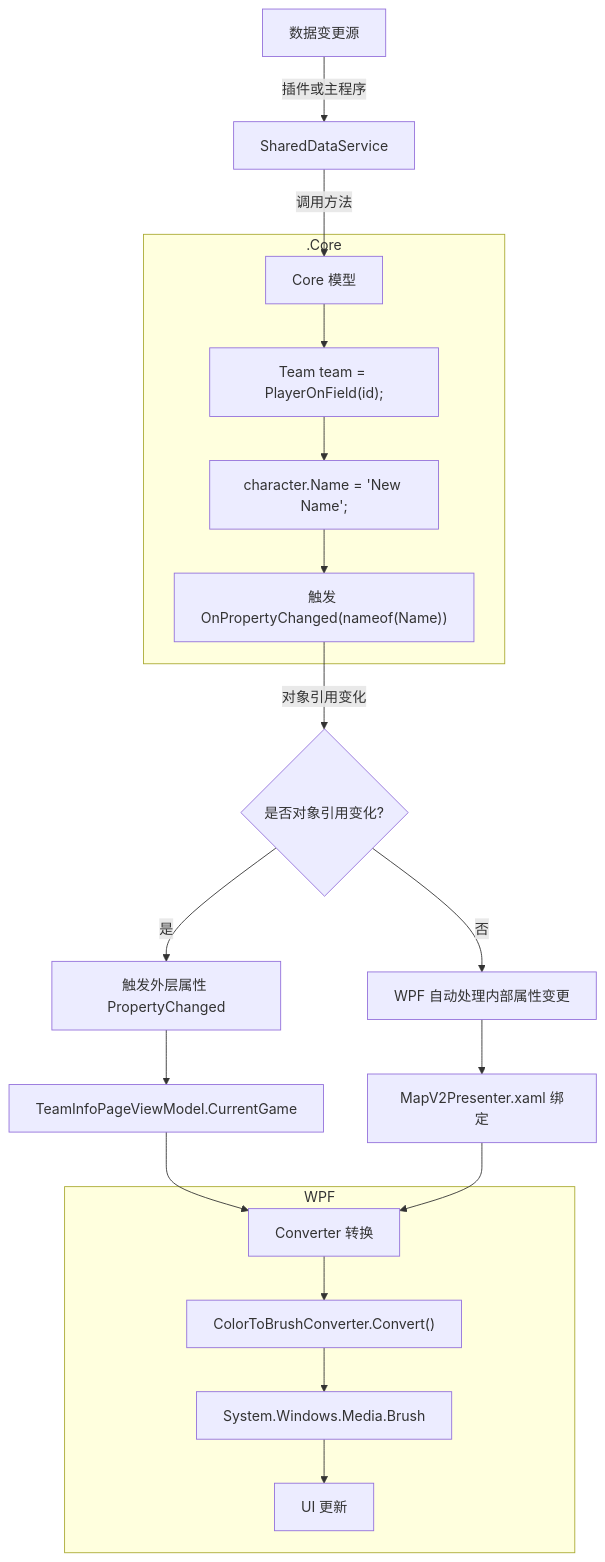
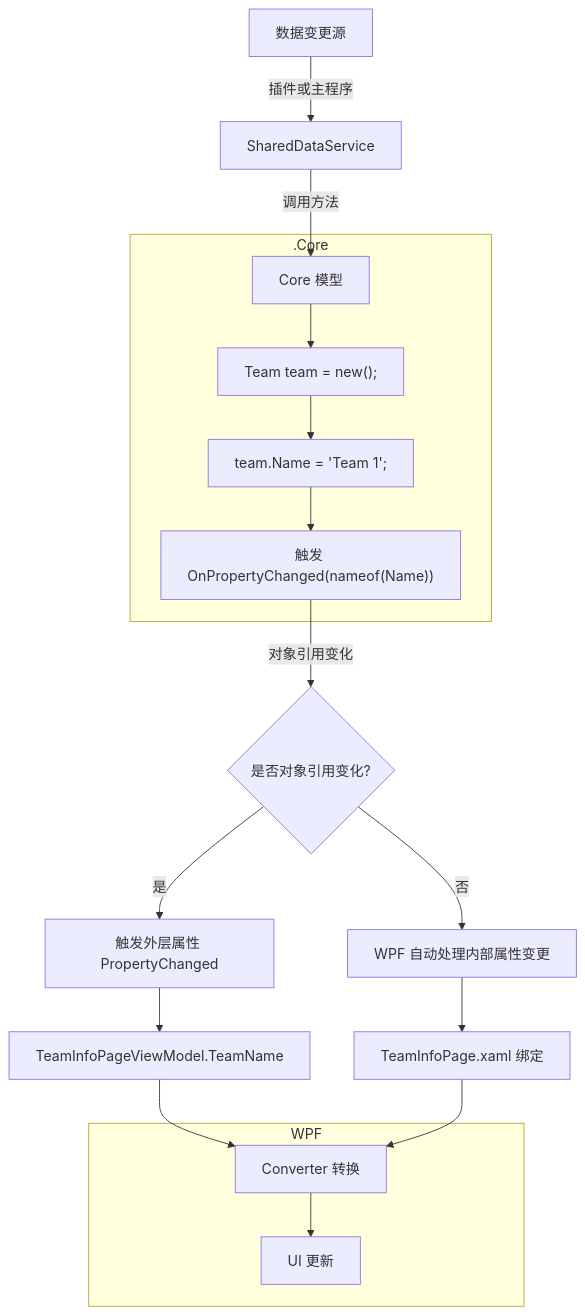
The second of 3 diagrams in docs/开发文档/(新) 核心数据流架构.md (PLFJY/neo-bpsys-docs), drawn with Mermaid before and after one commit. The commit also changed other lines of this file, not shown here.

````diff
--- a/docs/开发文档/(新) 核心数据流架构.md
+++ b/docs/开发文档/(新) 核心数据流架构.md
@@ -70,27 +66,25 @@
 ```mermaid
 flowchart TD
     A[数据变更源] -->|插件或主程序| B[SharedDataService]
     B -->|调用方法| C[Core 模型]
     
     subgraph .Core
-        C --> C1["Team team = PlayerOnField(id);"]
-        C1 --> C2["character.Name = 'New Name';"]
+        C --> C1["Team team = new();"]
+        C1 --> C2["team.Name = 'Team 1';"]
         C2 --> C3["触发 OnPropertyChanged(nameof(Name))"]
     end
     
     C3 -->|对象引用变化| D{是否对象引用变化?}
     D -->|是| E["触发外层属性 PropertyChanged"]
     D -->|否| F["WPF 自动处理内部属性变更"]
     
-    E --> G[TeamInfoPageViewModel.CurrentGame]
-    F --> H[MapV2Presenter.xaml 绑定]
+    E --> G[TeamInfoPageViewModel.TeamName]
+    F --> H[TeamInfoPage.xaml 绑定]
     
     G --> I[Converter 转换]
     H --> I
     
     subgraph WPF
-        I --> I1["ColorToBrushConverter.Convert()"]
-        I1 --> I2["System.Windows.Media.Brush"]
-        I2 --> J[UI 更新]
+        I --> I1["UI 更新"]
     end
 ```
````
